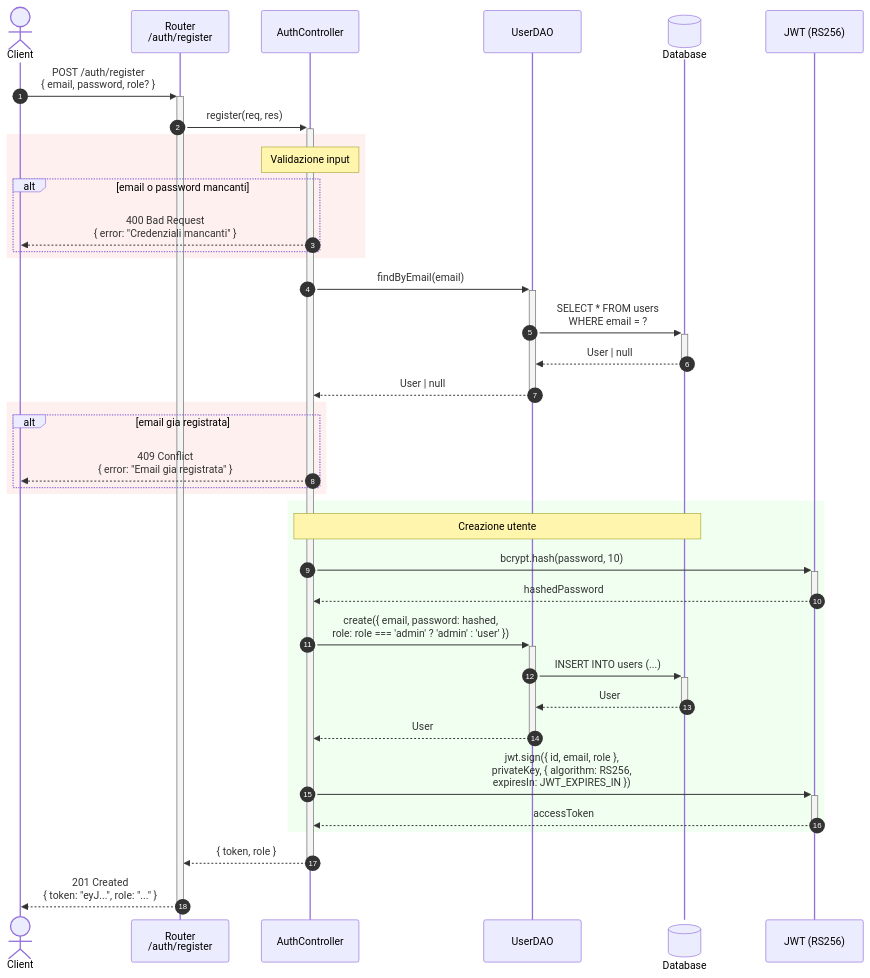
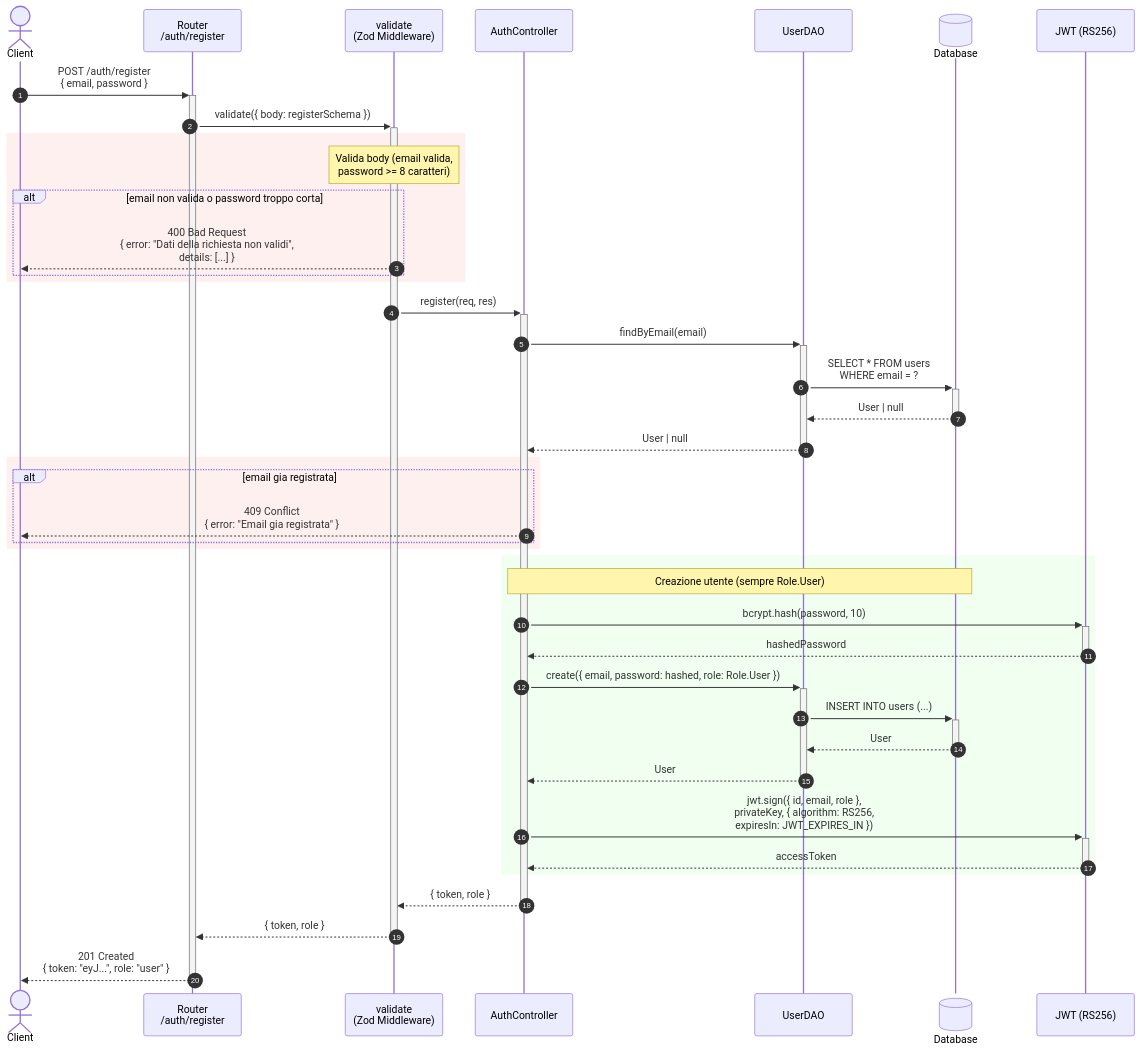
One commit to zDarius21/Programmazione_Avanzata changed the diagram in mermaid/login/post_register.mermaid. Above: the diagram before and after it, drawn with Mermaid. The commit also changed 9 other files, not shown here.

First line of the commit message:
Allinea diagrammi mermaid a validazione Zod/enum e fix file orfano MinIO

```diff
--- a/mermaid/login/post_register.mermaid
+++ b/mermaid/login/post_register.mermaid
@@ -1,47 +1,51 @@
 sequenceDiagram
     autonumber
     actor Client
     participant Router as Router<br/>/auth/register
+    participant Validate as validate<br/>(Zod Middleware)
     participant Controller as AuthController
     participant DAO as UserDAO
     participant DB@{ "type": "database" } as Database
     participant JWT as JWT (RS256)
 
-    Client->>+Router: POST /auth/register<br/>{ email, password, role? }
+    Client->>+Router: POST /auth/register<br/>{ email, password }
 
-    Router->>+Controller: register(req, res)
+    Router->>+Validate: validate({ body: registerSchema })
 
     rect rgb(255, 240, 240)
-        note over Controller: Validazione input
-        alt email o password mancanti
-            Controller-->>Client: 400 Bad Request<br/>{ error: "Credenziali mancanti" }
+        note over Validate: Valida body (email valida,<br/>password >= 8 caratteri)
+        alt email non valida o password troppo corta
+            Validate-->>Client: 400 Bad Request<br/>{ error: "Dati della richiesta non validi",<br/>details: [...] }
         end
     end
+
+    Validate->>+Controller: register(req, res)
 
     Controller->>+DAO: findByEmail(email)
     DAO->>+DB: SELECT * FROM users<br/>WHERE email = ?
     DB-->>-DAO: User | null
     DAO-->>-Controller: User | null
 
     rect rgb(255, 240, 240)
         alt email gia registrata
             Controller-->>Client: 409 Conflict<br/>{ error: "Email gia registrata" }
         end
     end
 
     rect rgb(240, 255, 240)
-        note over Controller,DB: Creazione utente
+        note over Controller,DB: Creazione utente (sempre Role.User)
         Controller->>+JWT: bcrypt.hash(password, 10)
         JWT-->>-Controller: hashedPassword
 
-        Controller->>+DAO: create({ email, password: hashed,<br/>role: role === 'admin' ? 'admin' : 'user' })
+        Controller->>+DAO: create({ email, password: hashed, role: Role.User })
         DAO->>+DB: INSERT INTO users (...)
         DB-->>-DAO: User
         DAO-->>-Controller: User
 
         Controller->>+JWT: jwt.sign({ id, email, role },<br/>privateKey, { algorithm: RS256,<br/>expiresIn: JWT_EXPIRES_IN })
         JWT-->>-Controller: accessToken
     end
 
-    Controller-->>-Router: { token, role }
-    Router-->>-Client: 201 Created<br/>{ token: "eyJ...", role: "..." }
+    Controller-->>-Validate: { token, role }
+    Validate-->>-Router: { token, role }
+    Router-->>-Client: 201 Created<br/>{ token: "eyJ...", role: "user" }
```
